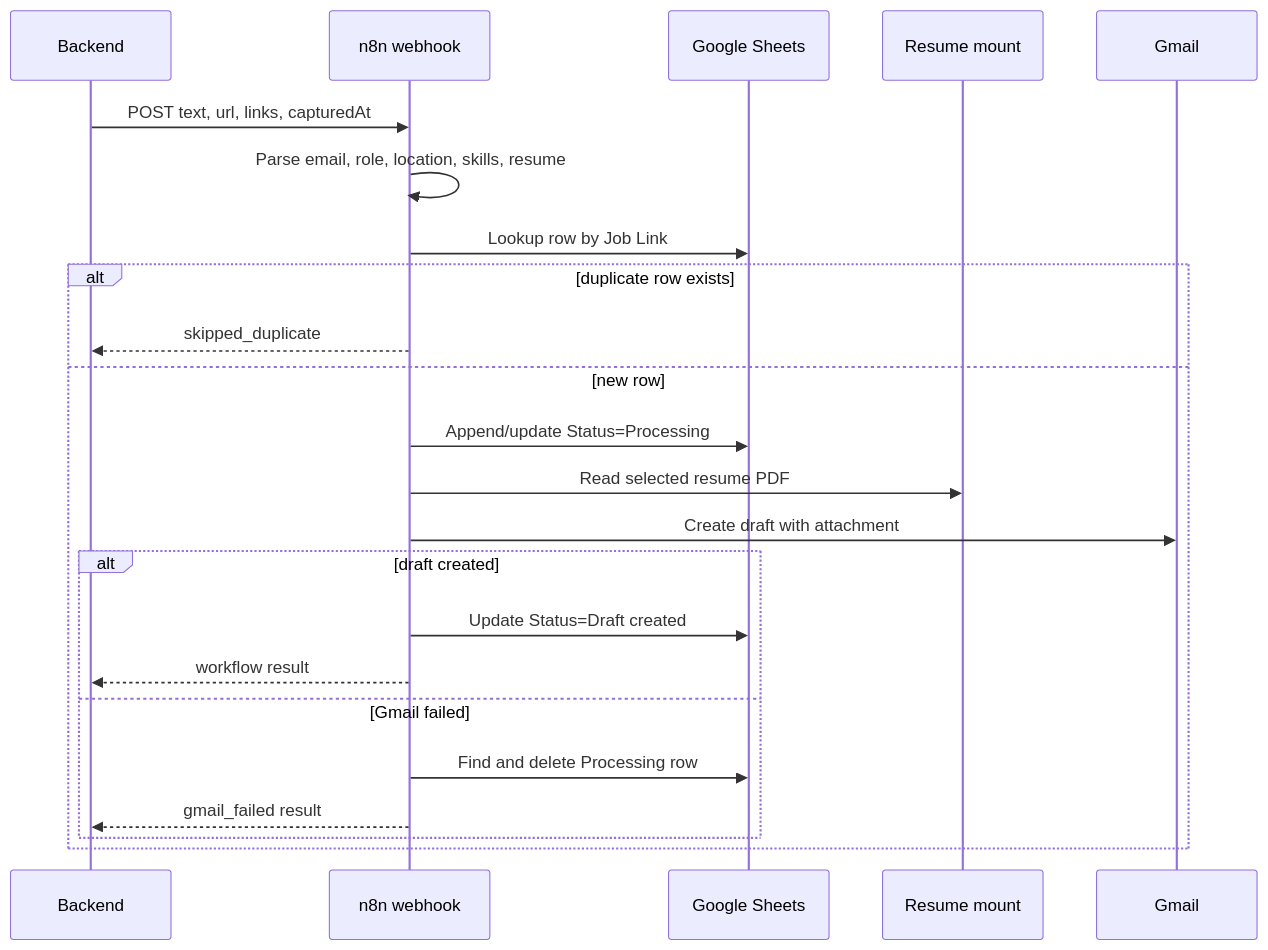
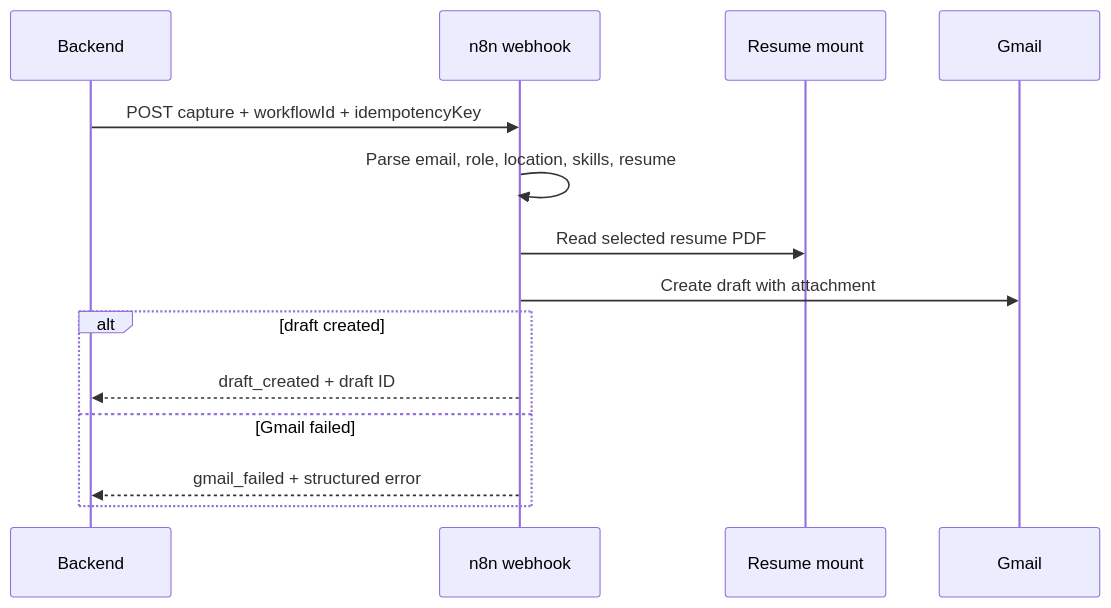
Before and after one commit to MuneebDevss/linkedin-job-automation: the second of 3 diagrams in README.md, drawn with Mermaid. The commit also changed other lines of this file and 47 other files, not shown here.

````diff
--- a/README.md
+++ b/README.md
@@ -193,26 +193,17 @@
 ```mermaid
 sequenceDiagram
     participant B as Backend
     participant N as n8n webhook
-    participant S as Google Sheets
     participant F as Resume mount
     participant G as Gmail
 
-    B->>N: POST text, url, links, capturedAt
+    B->>N: POST capture + workflowId + idempotencyKey
     N->>N: Parse email, role, location, skills, resume
-    N->>S: Lookup row by Job Link
-    alt duplicate row exists
-        N-->>B: skipped_duplicate
-    else new row
-        N->>S: Append/update Status=Processing
-        N->>F: Read selected resume PDF
-        N->>G: Create draft with attachment
-        alt draft created
-            N->>S: Update Status=Draft created
-            N-->>B: workflow result
-        else Gmail failed
-            N->>S: Find and delete Processing row
-            N-->>B: gmail_failed result
-        end
+    N->>F: Read selected resume PDF
+    N->>G: Create draft with attachment
+    alt draft created
+        N-->>B: draft_created + draft ID
+    else Gmail failed
+        N-->>B: gmail_failed + structured error
     end
 ```
````
